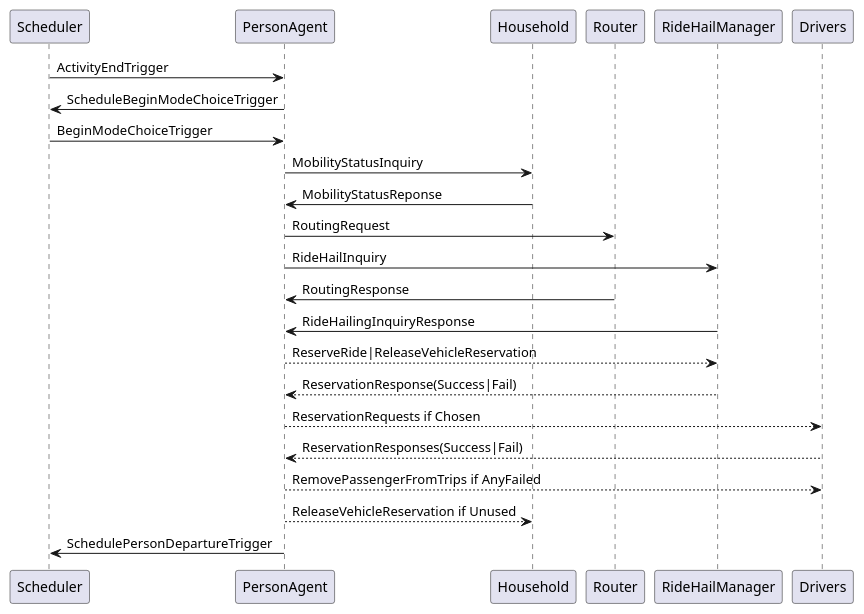
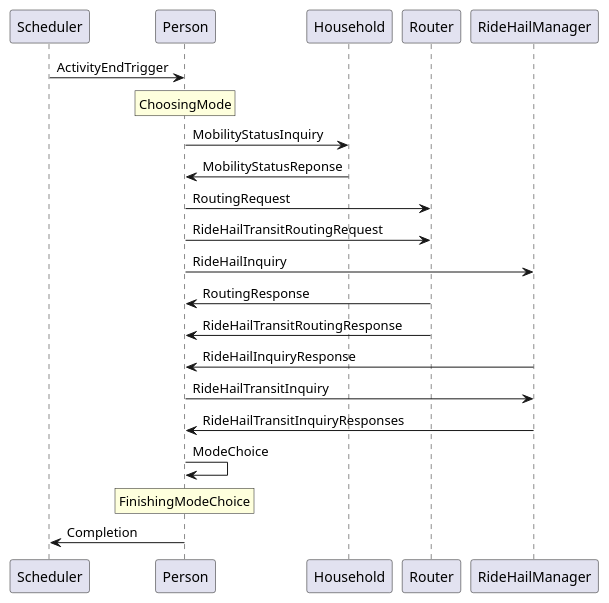
One commit to LBNL-UCB-STI/beam changed the diagram in docs/uml/ProtocolChoosesMode.puml. Above: the diagram before and after it, drawn with PlantUML. The commit also changed 1 other file, not shown here.

Commit message:
updated mode choice and traveling protocol diagrams

```diff
--- a/docs/uml/ProtocolChoosesMode.puml
+++ b/docs/uml/ProtocolChoosesMode.puml
@@ -1,18 +1,17 @@
 @startuml
-Scheduler -> PersonAgent: ActivityEndTrigger
-PersonAgent -> Scheduler: ScheduleBeginModeChoiceTrigger
-Scheduler -> PersonAgent: BeginModeChoiceTrigger
-PersonAgent -> Household: MobilityStatusInquiry
-Household -> PersonAgent: MobilityStatusReponse
-PersonAgent -> Router: RoutingRequest
-PersonAgent -> RideHailManager: RideHailInquiry
-Router -> PersonAgent: RoutingResponse
-RideHailManager -> PersonAgent: RideHailingInquiryResponse
-PersonAgent --> RideHailManager: ReserveRide|ReleaseVehicleReservation
-RideHailManager --> PersonAgent: ReservationResponse(Success|Fail)
-PersonAgent --> Drivers: ReservationRequests if Chosen
-Drivers --> PersonAgent: ReservationResponses(Success|Fail)
-PersonAgent --> Drivers: RemovePassengerFromTrips if AnyFailed
-PersonAgent --> Household: ReleaseVehicleReservation if Unused
-PersonAgent -> Scheduler: SchedulePersonDepartureTrigger
+Scheduler->Person: ActivityEndTrigger
+rnote over Person: ChoosingMode
+Person -> Household: MobilityStatusInquiry
+Household -> Person: MobilityStatusReponse
+Person-> Router: RoutingRequest
+Person-> Router: RideHailTransitRoutingRequest
+Person-> RideHailManager: RideHailInquiry
+Router -> Person: RoutingResponse
+Router -> Person: RideHailTransitRoutingResponse
+RideHailManager -> Person: RideHailInquiryResponse
+Person-> RideHailManager: RideHailTransitInquiry
+RideHailManager -> Person: RideHailTransitInquiryResponses
+Person-> Person: ModeChoice
+rnote over Person: FinishingModeChoice
+Person-> Scheduler: Completion
 @enduml
```
